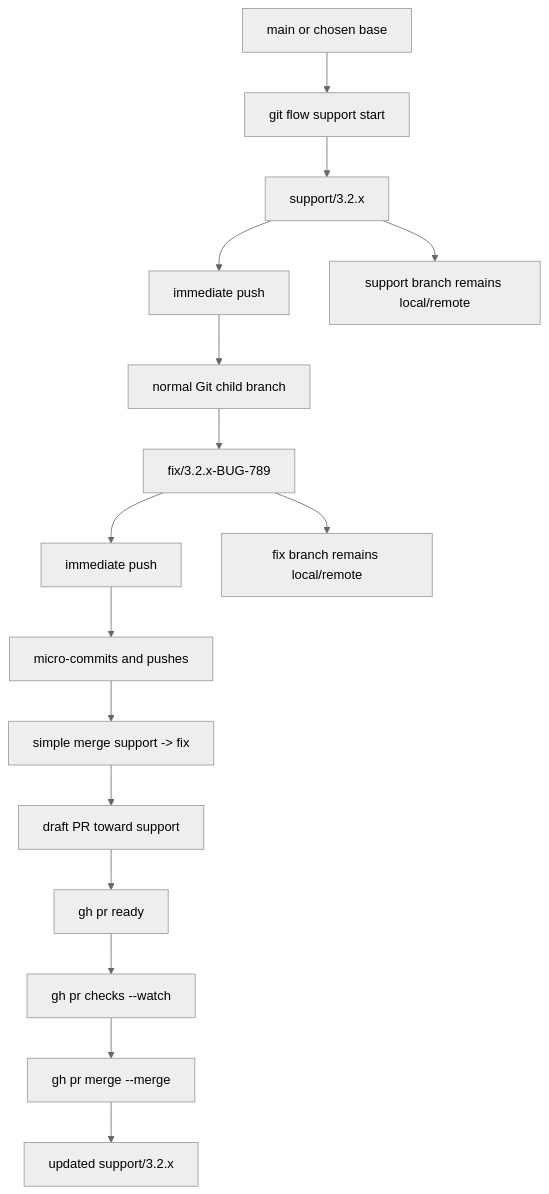
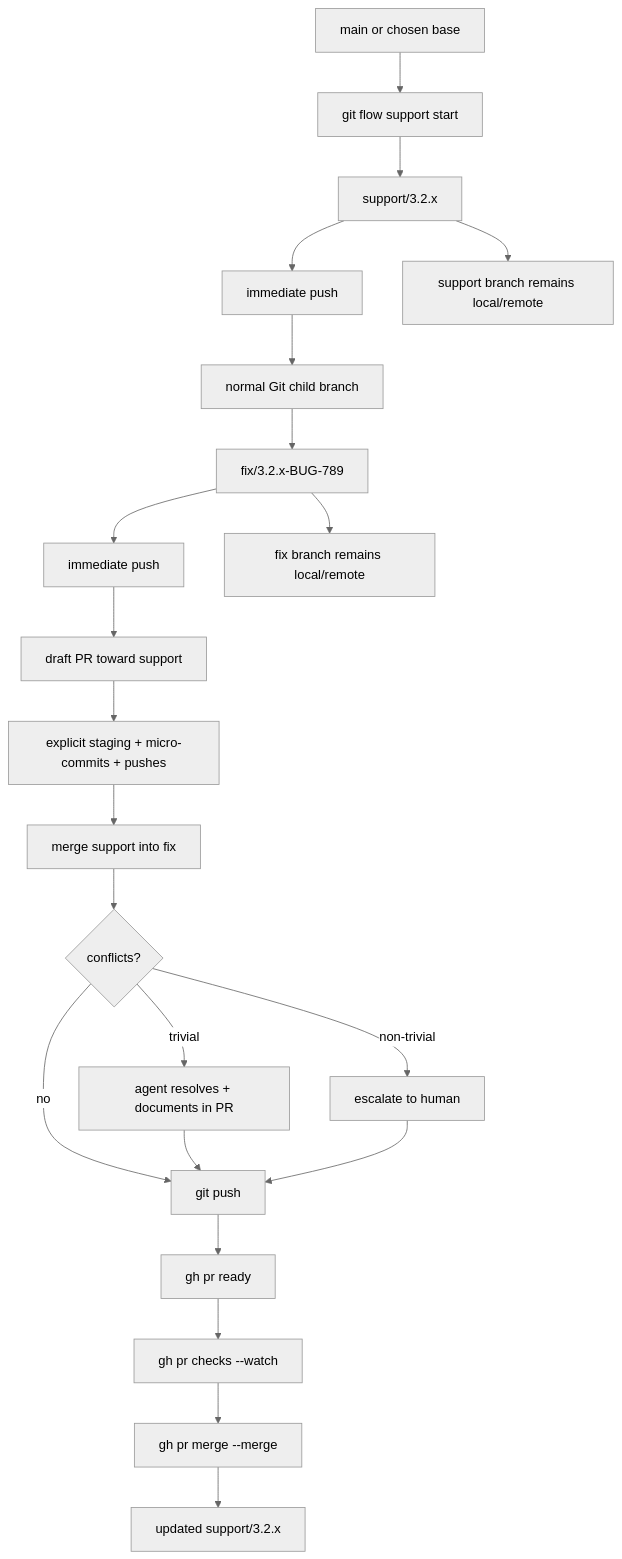
The fifth of 6 diagrams in docs/design/gitflow-pr-only-terminal-workflow.md (NickF93/AgentOrchestrator), drawn with Mermaid (neutral theme) before and after one commit. The commit also changed other lines of this file, not shown here.

First line of the commit message:
docs(design): align Mermaid diagrams with operational refinements

````diff
--- a/docs/design/gitflow-pr-only-terminal-workflow.md
+++ b/docs/design/gitflow-pr-only-terminal-workflow.md
@@ -1021,18 +1050,24 @@
 ```mermaid
 flowchart TD
     A[main or chosen base] --> B[git flow support start]
     B --> C[support/3.2.x]
     C --> D[immediate push]
     D --> E[normal Git child branch]
     E --> F[fix/3.2.x-BUG-789]
     F --> G[immediate push]
-    G --> H[micro-commits and pushes]
-    H --> I[simple merge support -> fix]
-    I --> J[draft PR toward support]
-    J --> K[gh pr ready]
-    K --> L[gh pr checks --watch]
-    L --> M[gh pr merge --merge]
-    M --> N[updated support/3.2.x]
-    C --> O[support branch remains local/remote]
-    F --> P[fix branch remains local/remote]
+    G --> H[draft PR toward support]
+    H --> I[explicit staging + micro-commits + pushes]
+    I --> J[merge support into fix]
+    J --> K{conflicts?}
+    K -- no --> L[git push]
+    K -- trivial --> M[agent resolves + documents in PR]
+    M --> L
+    K -- non-trivial --> N[escalate to human]
+    N --> L
+    L --> O[gh pr ready]
+    O --> P[gh pr checks --watch]
+    P --> Q[gh pr merge --merge]
+    Q --> R[updated support/3.2.x]
+    C --> S[support branch remains local/remote]
+    F --> T[fix branch remains local/remote]
 ```
````
